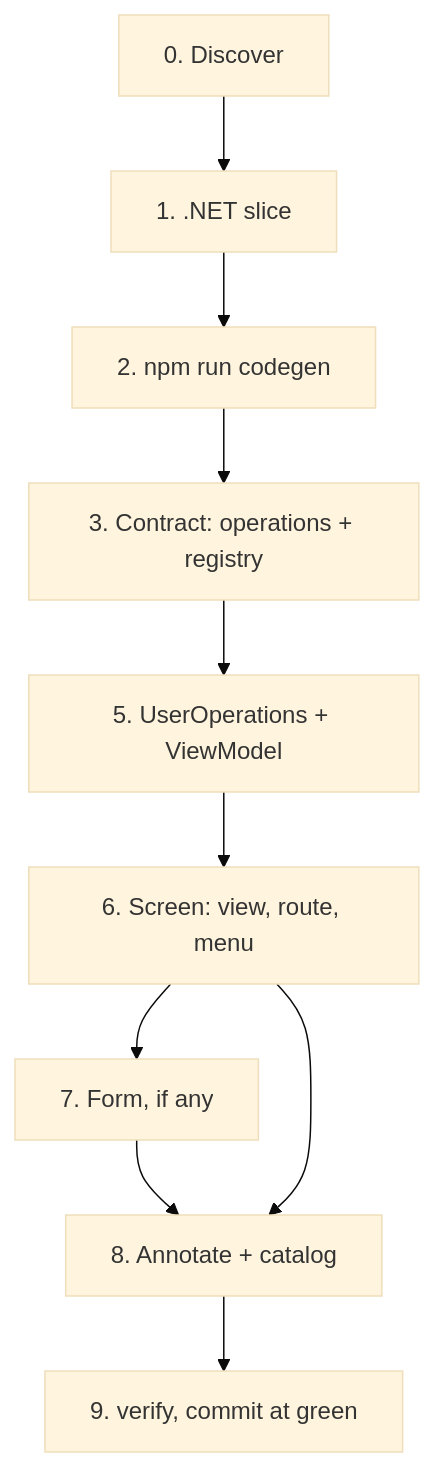
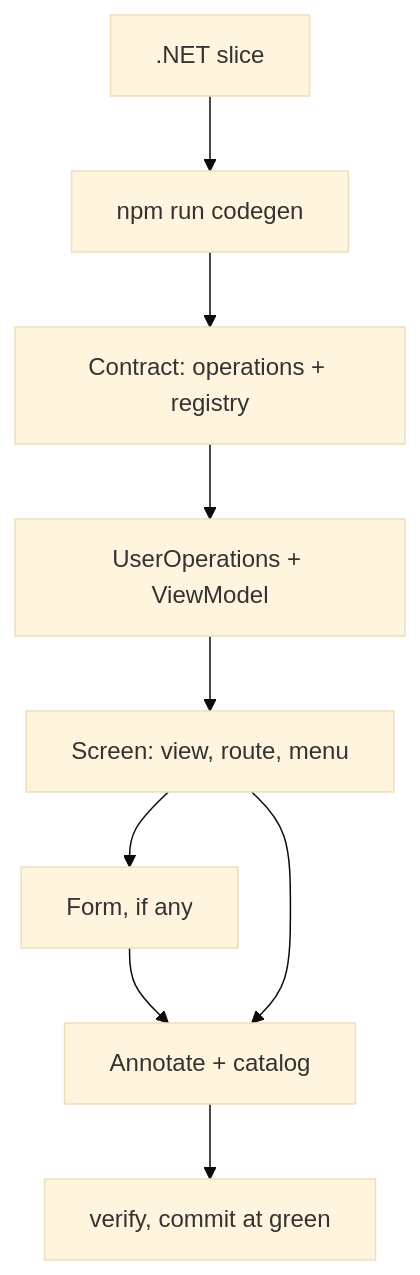
The diagram in .claude/skills/add-a-feature/SKILL.md (satish-krishna/jig), drawn with Mermaid (base theme) before and after one commit. The commit also changed other lines of this file, not shown here.

````diff
--- a/.claude/skills/add-a-feature/SKILL.md
+++ b/.claude/skills/add-a-feature/SKILL.md
@@ -45,12 +47,11 @@
 ```mermaid
 flowchart TD
-    D[0. Discover] --> A[1. .NET slice]
-    A --> C[2. npm run codegen]
-    C --> R[3. Contract: operations + registry]
-    R --> O[5. UserOperations + ViewModel]
-    O --> S[6. Screen: view, route, menu]
-    S --> F[7. Form, if any]
-    F --> N[8. Annotate + catalog]
+    A[.NET slice] --> C[npm run codegen]
+    C --> R[Contract: operations + registry]
+    R --> O[UserOperations + ViewModel]
+    O --> S[Screen: view, route, menu]
+    S --> F[Form, if any]
+    F --> N[Annotate + catalog]
     S --> N
-    N --> G[9. verify, commit at green]
+    N --> G[verify, commit at green]
 ```
````
